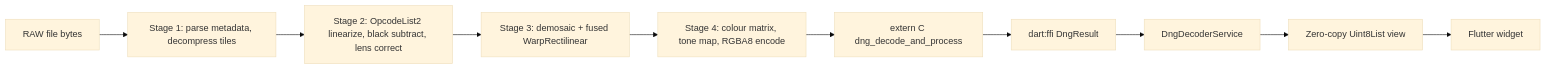
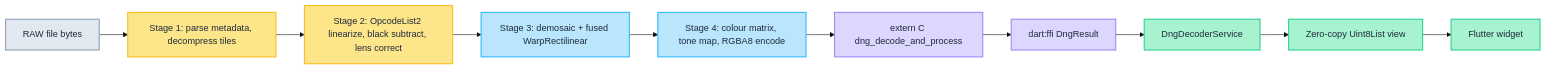
One commit to jhangyu/ceyx changed the first of 3 diagrams in README.md. Above: the diagram before and after it, drawn with Mermaid (base theme). The commit also changed other lines of this file, not shown here.

First line of the commit message:
docs(readme): apply Tailwind 200/400 palette to mermaid diagrams

````diff
--- a/README.md
+++ b/README.md
@@ -186,12 +186,24 @@
 ```mermaid
 flowchart LR
     A["RAW file bytes"] --> B["Stage 1: parse metadata, decompress tiles"]
     B --> C["Stage 2: OpcodeList2 linearize, black subtract, lens correct"]
     C --> D["Stage 3: demosaic + fused WarpRectilinear"]
     D --> E["Stage 4: colour matrix, tone map, RGBA8 encode"]
     E --> F["extern C dng_decode_and_process"]
     F --> G["dart:ffi DngResult"]
     G --> H["DngDecoderService"]
     H --> I["Zero-copy Uint8List view"]
     I --> J["Flutter widget"]
+
+    classDef input fill:#e2e8f0,stroke:#94a3b8,stroke-width:2px,color:#1e293b
+    classDef cpu fill:#fde68a,stroke:#fbbf24,stroke-width:2px,color:#1e293b
+    classDef gpu fill:#bae6fd,stroke:#38bdf8,stroke-width:2px,color:#1e293b
+    classDef ffi fill:#ddd6fe,stroke:#a78bfa,stroke-width:2px,color:#1e293b
+    classDef dart fill:#a7f3d0,stroke:#34d399,stroke-width:2px,color:#1e293b
+
+    class A input
+    class B,C cpu
+    class D,E gpu
+    class F,G ffi
+    class H,I,J dart
 ```
````
